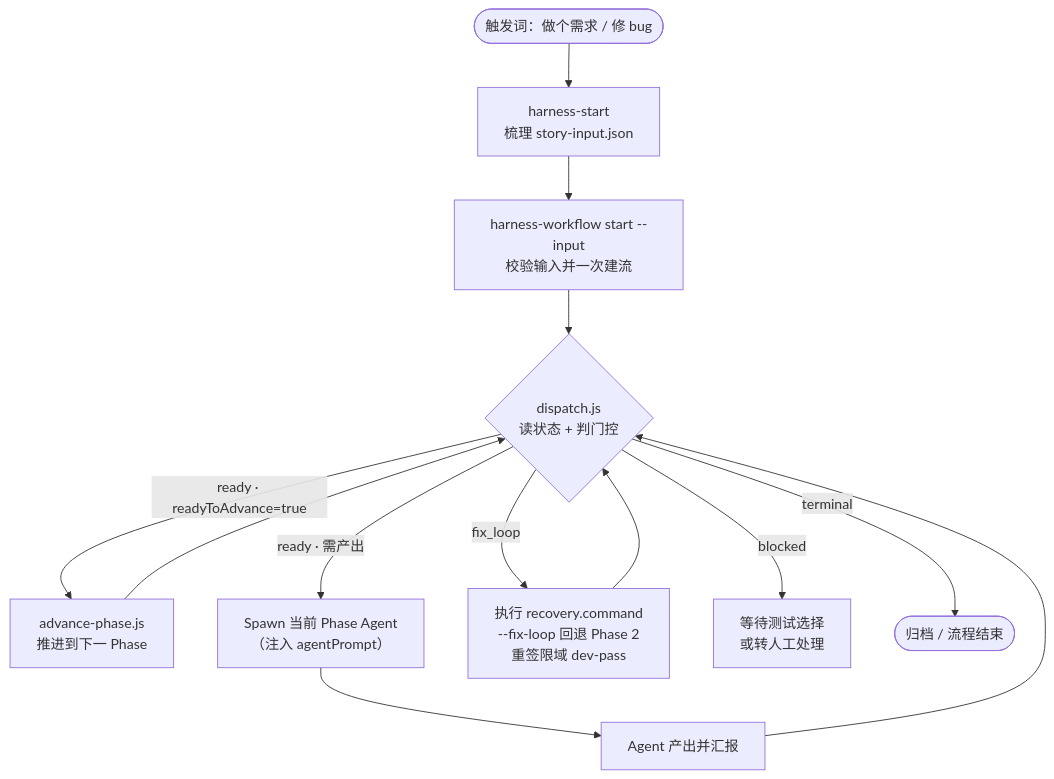
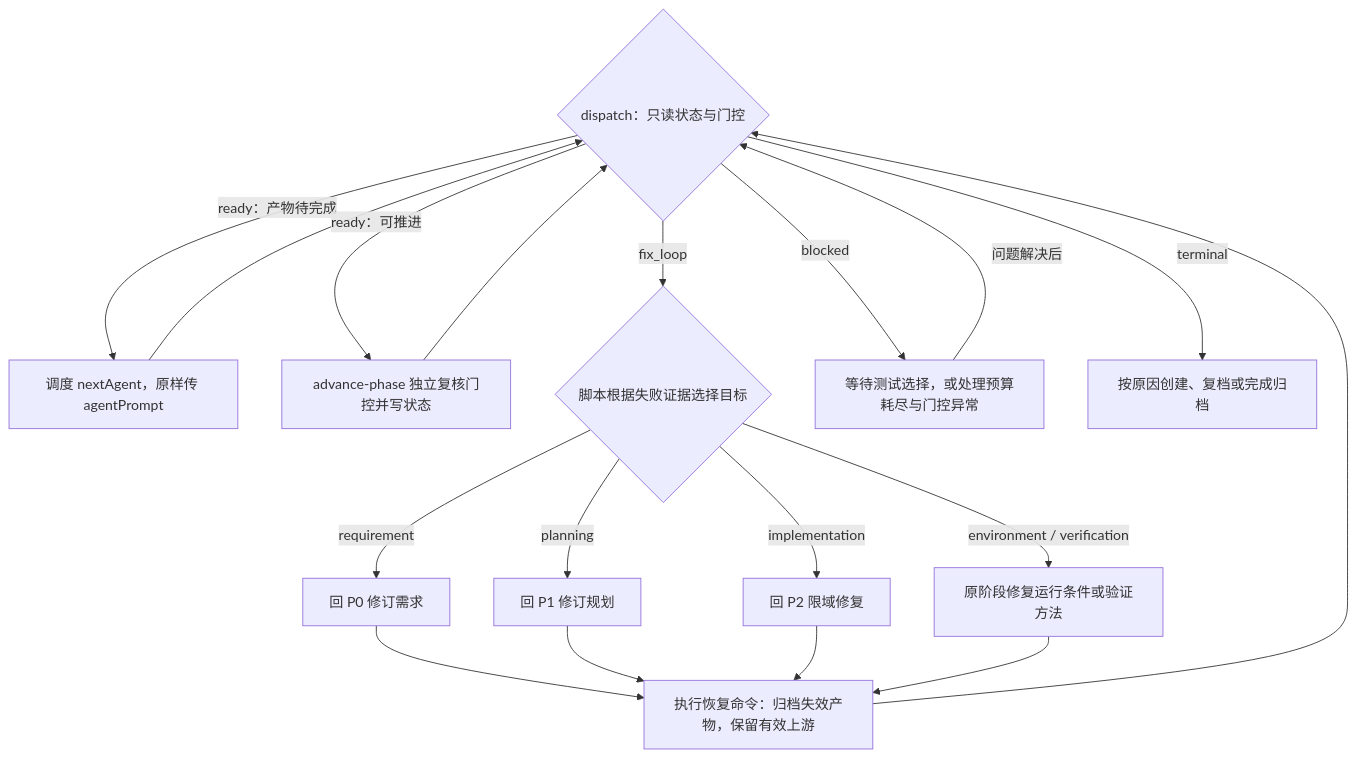
One commit to AbyssPan/fullstackflow changed the third of 4 diagrams in README.md. Above: the diagram before and after it, drawn with Mermaid. The commit also changed other lines of this file and 35 other files, not shown here.

````diff
--- a/README.md
+++ b/README.md
@@ -66,19 +97,20 @@
 ```mermaid
 flowchart TD
-    Start(["触发词：做个需求 / 修 bug"]) --> Entry["harness-start<br/>梳理 story-input.json"]
-    Entry --> Create["harness-workflow start --input<br/>校验输入并一次建流"]
-    Create --> Dispatch{"dispatch.js<br/>读状态 + 判门控"}
-
-    Dispatch -->|"ready · readyToAdvance=true"| Advance["advance-phase.js<br/>推进到下一 Phase"]
+    Dispatch{"dispatch：只读状态与门控"} -->|"ready：产物待完成"| Agent["调度 nextAgent，原样传 agentPrompt"]
+    Agent --> Dispatch
+    Dispatch -->|"ready：可推进"| Advance["advance-phase 独立复核门控并写状态"]
     Advance --> Dispatch
-
-    Dispatch -->|"ready · 需产出"| Spawn["Spawn 当前 Phase Agent<br/>（注入 agentPrompt）"]
-    Spawn --> Report["Agent 产出并汇报"]
-    Report --> Dispatch
-
-    Dispatch -->|"fix_loop"| FixLoop["执行 recovery.command<br/>--fix-loop 回退 Phase 2<br/>重签限域 dev-pass"]
-    FixLoop --> Dispatch
-
-    Dispatch -->|"blocked"| Manual["等待测试选择<br/>或转人工处理"]
-    Dispatch -->|"terminal"| End(["归档 / 流程结束"])
+    Dispatch -->|"fix_loop"| Cause{"脚本根据失败证据选择目标"}
+    Cause -->|"requirement"| R0["回 P0 修订需求"]
+    Cause -->|"planning"| R1["回 P1 修订规划"]
+    Cause -->|"implementation"| R2["回 P2 限域修复"]
+    Cause -->|"environment / verification"| Same["原阶段修复运行条件或验证方法"]
+    R0 --> Recover["执行恢复命令：归档失效产物，保留有效上游"]
+    R1 --> Recover
+    R2 --> Recover
+    Same --> Recover
+    Recover --> Dispatch
+    Dispatch -->|"blocked"| Wait["等待测试选择，或处理预算耗尽与门控异常"]
+    Wait -->|"问题解决后"| Dispatch
+    Dispatch -->|"terminal"| End["按原因创建、复档或完成归档"]
 ```
````
